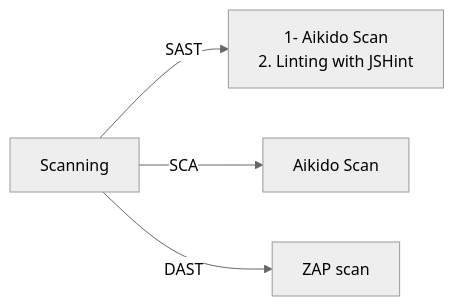
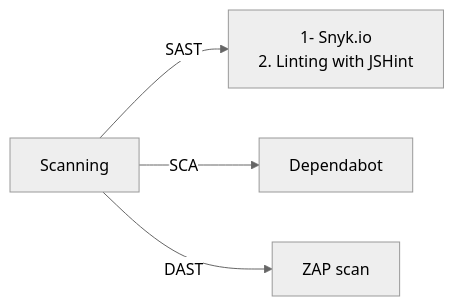
One commit to feats-mtech/frontend changed the second of 2 diagrams in README.md. Above: the diagram before and after it, drawn with Mermaid (neutral theme). The commit also changed 1 other file, not shown here.

Commit message:
chore: update readme with snyk for sast

````diff
--- a/README.md
+++ b/README.md
@@ -86,8 +86,8 @@
 ```mermaid
 flowchart LR
     A[Scanning]
-    A -->|SAST| B[1- Aikido Scan
+    A -->|SAST| B[1- Snyk.io
 2. Linting with JSHint]
-    A -->|SCA| C[Aikido Scan]
+    A -->|SCA| C[Dependabot]
     A -->|DAST| D[ZAP scan]
 ```
````
